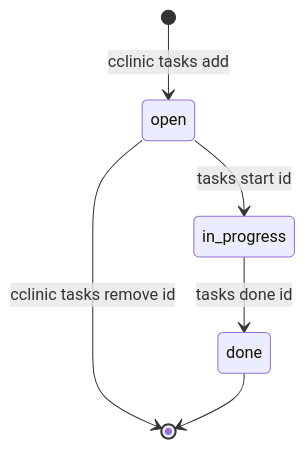
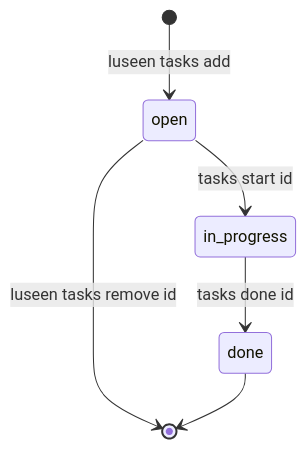
Before and after one commit to Hayko97/cclinic: the third of 5 diagrams in PLANNING_FLOW.md, drawn with Mermaid. The commit also changed other lines of this file and 311 other files, not shown here.

````diff
--- a/PLANNING_FLOW.md
+++ b/PLANNING_FLOW.md
@@ -125,8 +125,8 @@
 ```mermaid
 stateDiagram-v2
-    [*] --> open: cclinic tasks add
+    [*] --> open: luseen tasks add
     open --> in_progress: tasks start id
     in_progress --> done: tasks done id
-    open --> [*]: cclinic tasks remove id
+    open --> [*]: luseen tasks remove id
     done --> [*]
 ```
````
